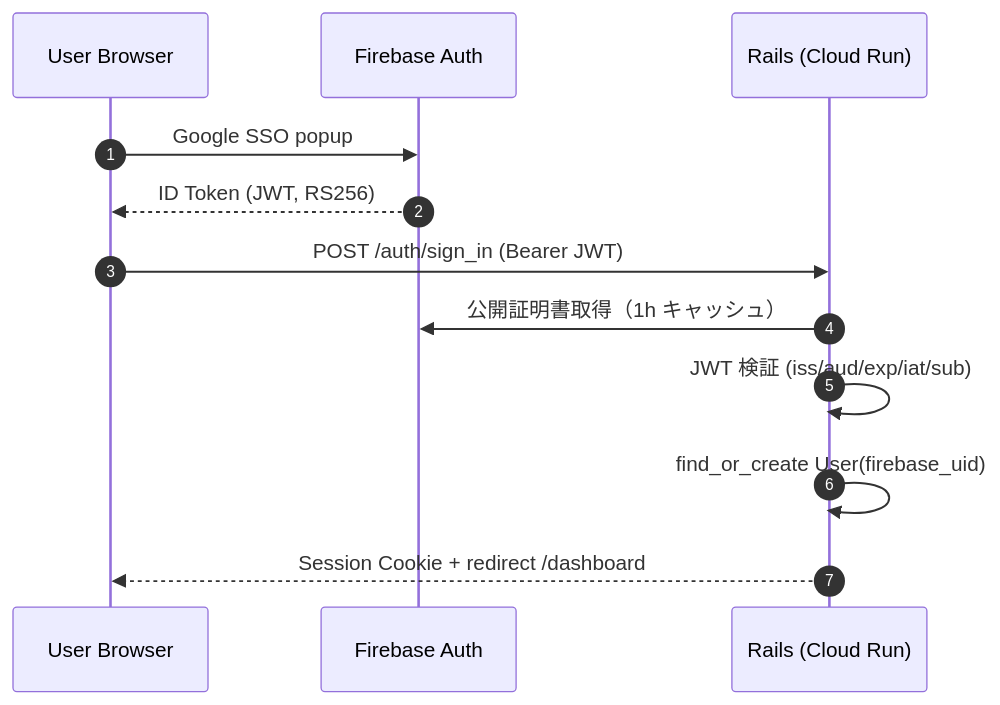
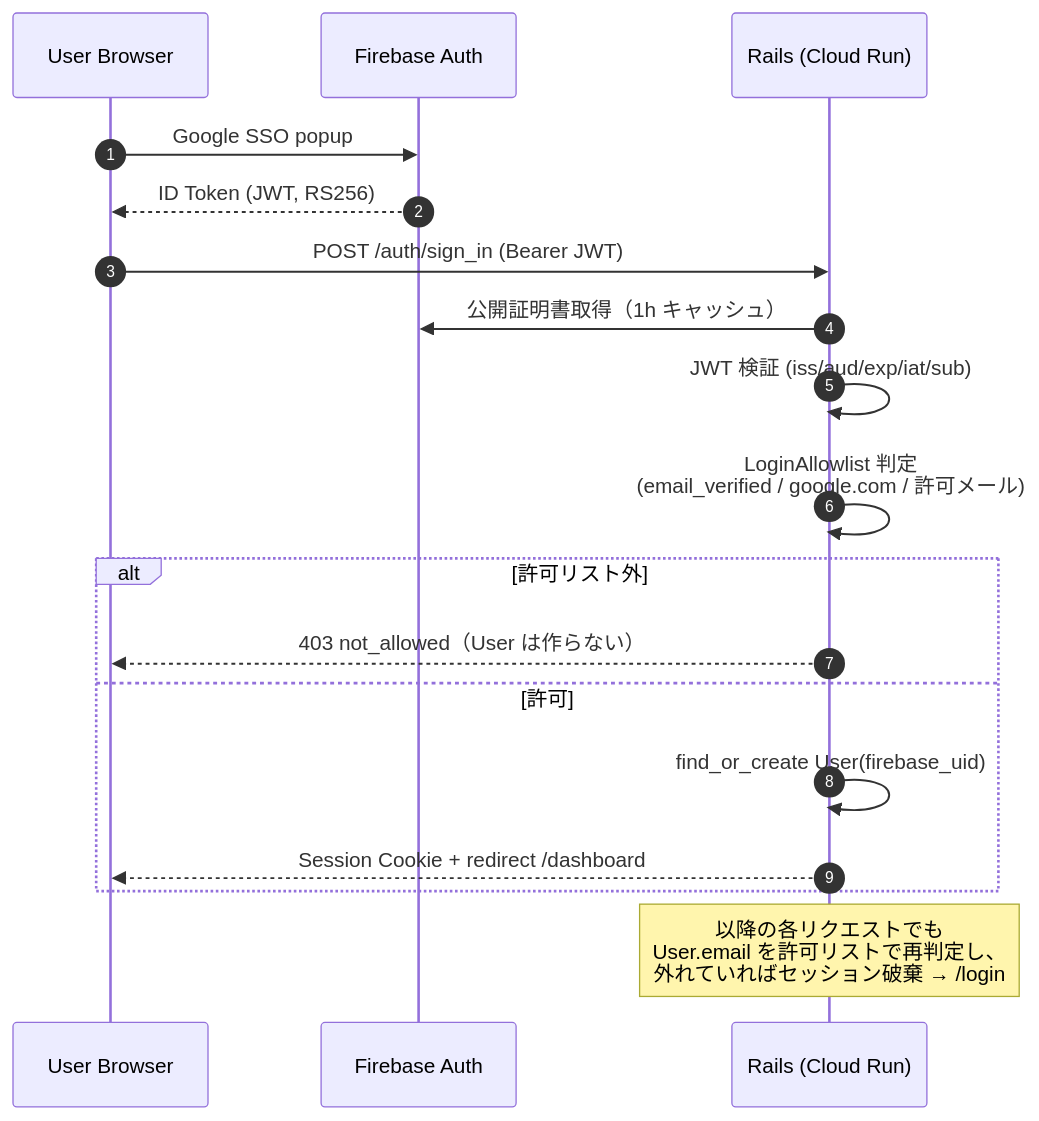
One commit to marukaty/subma changed the second of 3 diagrams in docs/infrastructure-notes.md. Above: the diagram before and after it, drawn with Mermaid. The commit also changed other lines of this file and 16 other files, not shown here.

````diff
--- a/docs/infrastructure-notes.md
+++ b/docs/infrastructure-notes.md
@@ -258,15 +262,21 @@
 ```mermaid
 sequenceDiagram
     autonumber
     participant U as User Browser
     participant FB as Firebase Auth
     participant R as Rails (Cloud Run)
 
     U->>FB: Google SSO popup
     FB-->>U: ID Token (JWT, RS256)
     U->>R: POST /auth/sign_in (Bearer JWT)
     R->>FB: 公開証明書取得（1h キャッシュ）
     R->>R: JWT 検証 (iss/aud/exp/iat/sub)
-    R->>R: find_or_create User(firebase_uid)
-    R-->>U: Session Cookie + redirect /dashboard
+    R->>R: LoginAllowlist 判定<br/>(email_verified / google.com / 許可メール)
+    alt 許可リスト外
+        R-->>U: 403 not_allowed（User は作らない）
+    else 許可
+        R->>R: find_or_create User(firebase_uid)
+        R-->>U: Session Cookie + redirect /dashboard
+    end
+    Note over R: 以降の各リクエストでも<br/>User.email を許可リストで再判定し、<br/>外れていればセッション破棄 → /login
 ```
````
